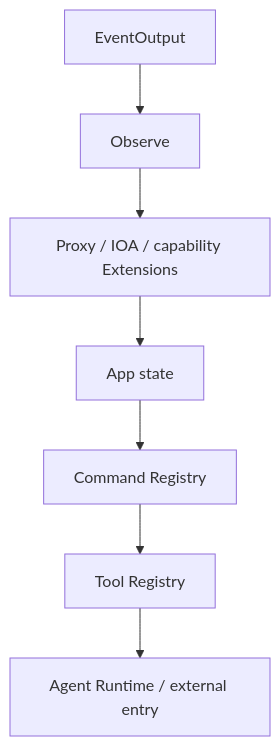
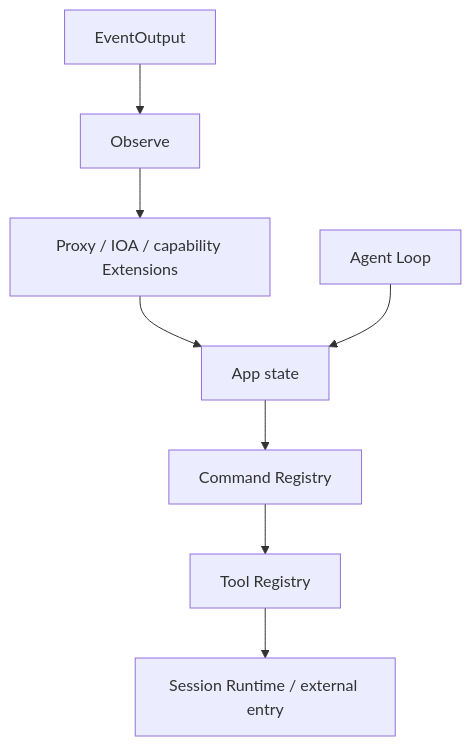
The diagram in docs/architecture.md (chainreactors/cyber-harness), drawn with Mermaid before and after one commit. The commit also changed other lines of this file and 74 other files, not shown here.

Commit message:
refactor: separate agent loop and session extensions

````diff
--- a/docs/architecture.md
+++ b/docs/architecture.md
@@ -14,11 +13,13 @@
 ```mermaid
 flowchart TB
     OUTPUT[EventOutput]
     OBSERVE[Observe]
     RESOURCES[Proxy / IOA / capability Extensions]
     APP[App state]
     COMMANDS[Command Registry]
     TOOLS[Tool Registry]
-    AGENT[Agent Runtime / external entry]
-    OUTPUT --> OBSERVE --> RESOURCES --> APP --> COMMANDS --> TOOLS --> AGENT
+    AGENT[Agent Loop]
+    SESSION[Session Runtime / external entry]
+    OUTPUT --> OBSERVE --> RESOURCES --> APP --> COMMANDS --> TOOLS --> SESSION
+    AGENT --> APP
 ```
````
